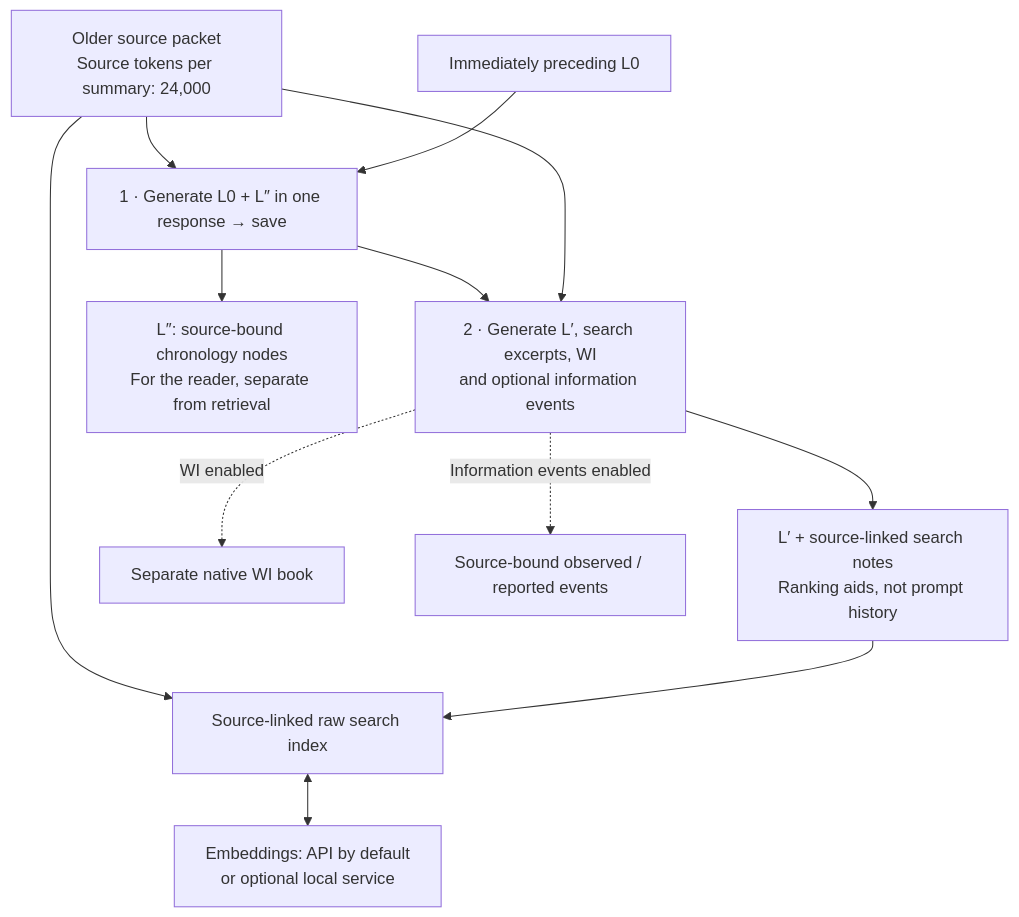
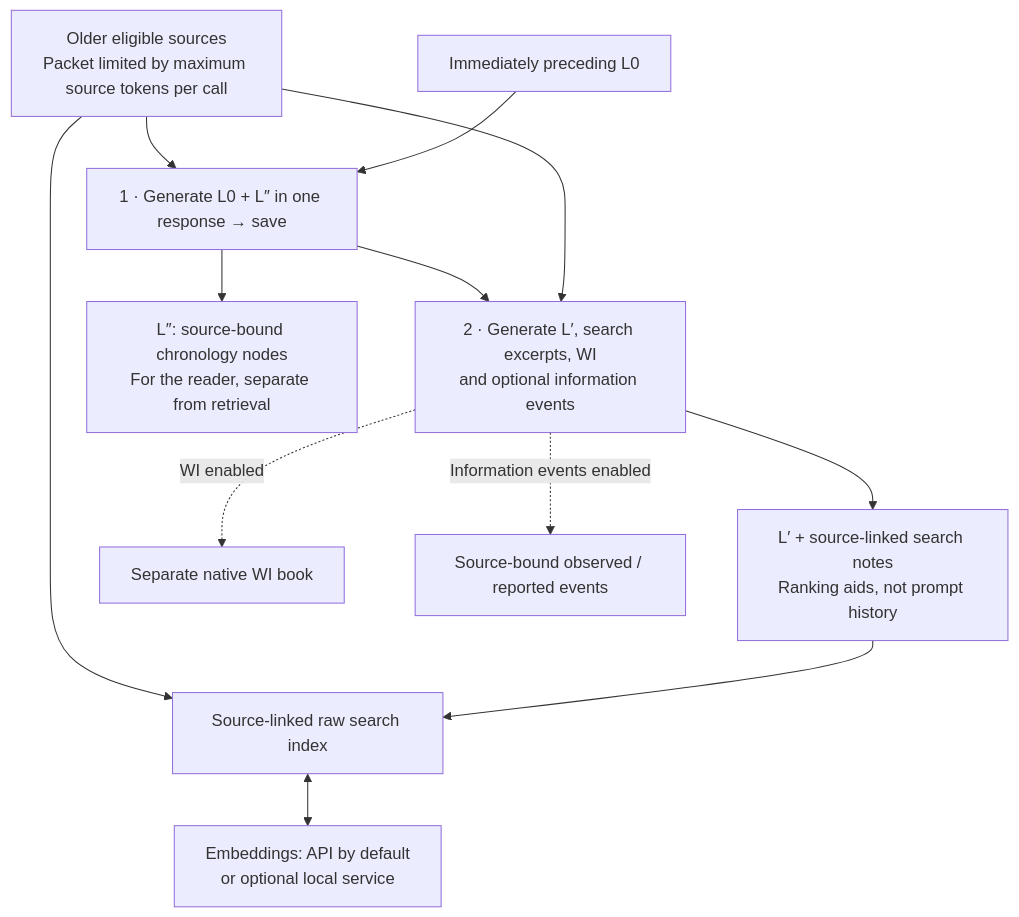
Before and after one commit to Ilya626/Extension-WorldMemory: the first of 2 diagrams in README.md, drawn with Mermaid. The commit also changed other lines of this file and 25 other files, not shown here.

````diff
--- a/README.md
+++ b/README.md
@@ -67,14 +80,14 @@
 ```mermaid
 flowchart TD
-    O["Older source packet<br/>Source tokens per summary: 24,000"] --> A["1 · Generate L0 + L″ in one response → save"]
+    O["Older eligible sources<br/>Packet limited by maximum source tokens per call"] --> A["1 · Generate L0 + L″ in one response → save"]
     P["Immediately preceding L0"] --> A
     A --> B["2 · Generate L′, search excerpts, WI<br/>and optional information events"]
     A --> K["L″: source-bound chronology nodes<br/>For the reader, separate from retrieval"]
     O --> B
     B --> N["L′ + source-linked search notes<br/>Ranking aids, not prompt history"]
     O --> I["Source-linked raw search index"]
     N --> I
     B -. "WI enabled" .-> W["Separate native WI book"]
     B -. "Information events enabled" .-> V["Source-bound observed / reported events"]
     I <--> E["Embeddings: API by default<br/>or optional local service"]
 ```
````
